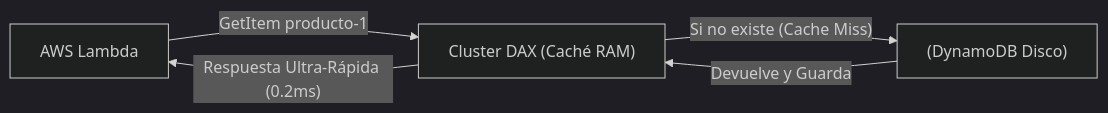
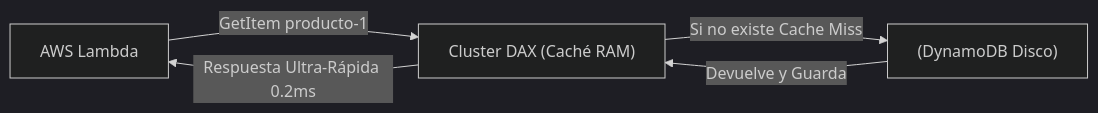
One commit to gjpierp/nmergeia changed the diagram in public/docs/fr/ext_aws_optimizaciones.md. Above: the diagram before and after it, drawn with Mermaid (dark theme). The commit also changed 88 other files, not shown here.

Commit message:
fix(mermaid & headings): estandarizar títulos removiendo Resumen Ejecutivo de encabezados H2 y corregir sintaxis de paréntesis en conectores de enlace de 55 diagramas Mermaid en los 7 idiomas

````diff
--- a/public/docs/fr/ext_aws_optimizaciones.md
+++ b/public/docs/fr/ext_aws_optimizaciones.md
@@ -24,7 +24,7 @@
 ```mermaid
 flowchart LR
 Lambda["AWS Lambda"] -->|GetItem producto-1| DAX["Cluster DAX (Caché RAM)"]
-DAX -->|"Si no existe (Cache Miss)"| DB["(DynamoDB Disco)"]
+DAX -->|"Si no existe Cache Miss "| DB["(DynamoDB Disco)"]
 DB -->|Devuelve y Guarda| DAX
-DAX -->|"Respuesta Ultra-Rápida (0.2ms)"| Lambda
+DAX -->|"Respuesta Ultra-Rápida 0.2ms "| Lambda
 ```
````
